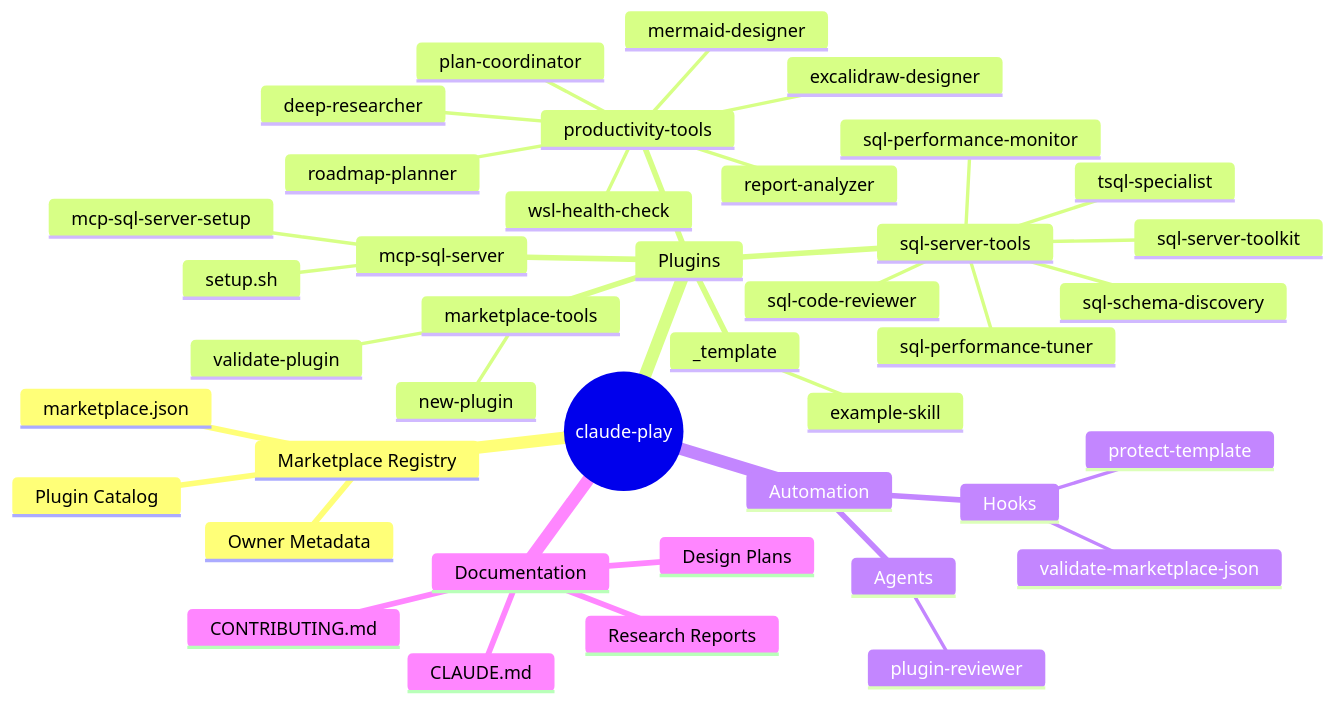
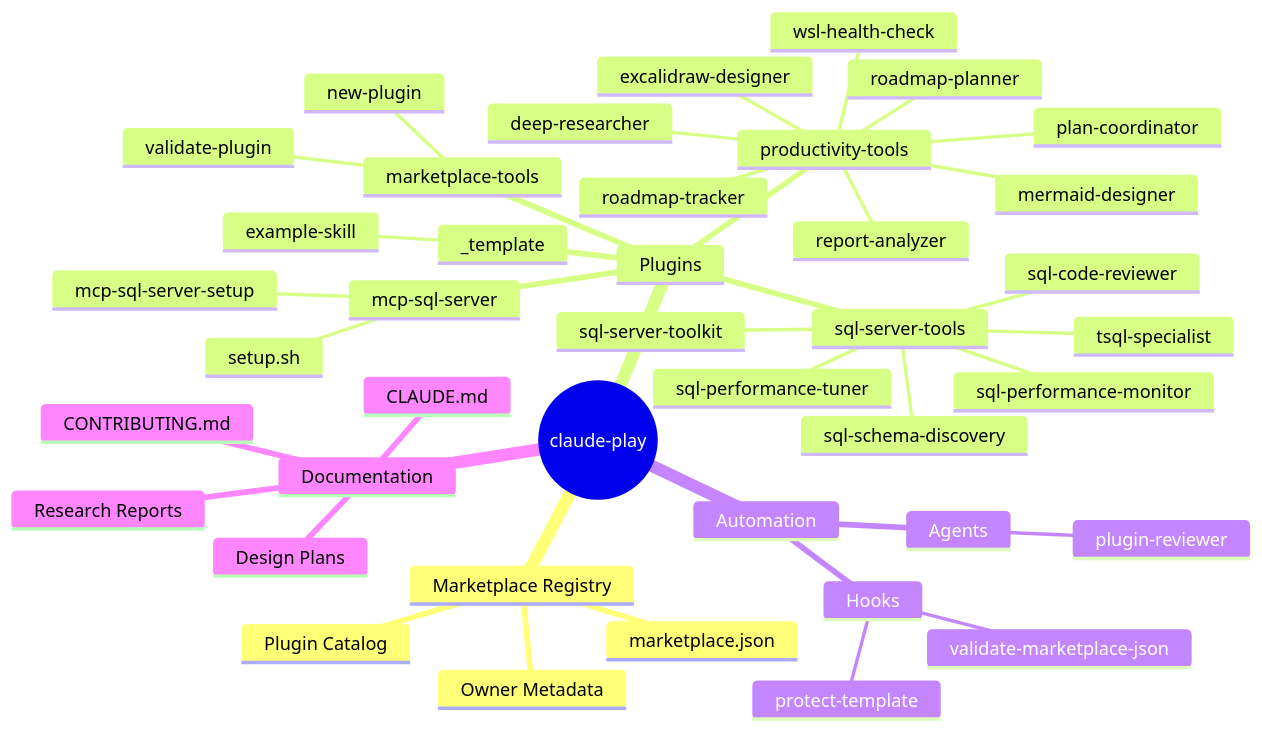
Before and after one commit to odeciojunior/claude-play: the first of 5 diagrams in docs/diagrams/repo-architecture.md, drawn with Mermaid. The commit also changed other lines of this file and 6 other files, not shown here.

First line of the commit message:
feat(productivity-tools): v1.2.0 roadmap-planner v2 and roadmap-tracker

````diff
--- a/docs/diagrams/repo-architecture.md
+++ b/docs/diagrams/repo-architecture.md
@@ -5,43 +5,44 @@
 ```mermaid
 mindmap
   root((claude-play))
     Marketplace Registry
       marketplace.json
       Plugin Catalog
       Owner Metadata
     Plugins
       productivity-tools
         deep-researcher
         report-analyzer
         roadmap-planner
+        roadmap-tracker
         plan-coordinator
         mermaid-designer
         excalidraw-designer
         wsl-health-check
       marketplace-tools
         new-plugin
         validate-plugin
       sql-server-tools
         sql-performance-monitor
         sql-schema-discovery
         sql-performance-tuner
         tsql-specialist
         sql-code-reviewer
         sql-server-toolkit
       mcp-sql-server
         mcp-sql-server-setup
         setup.sh
       _template
         example-skill
     Automation
       Hooks
         protect-template
         validate-marketplace-json
       Agents
         plugin-reviewer
     Documentation
       CLAUDE.md
       CONTRIBUTING.md
       Design Plans
       Research Reports
 ```
````
